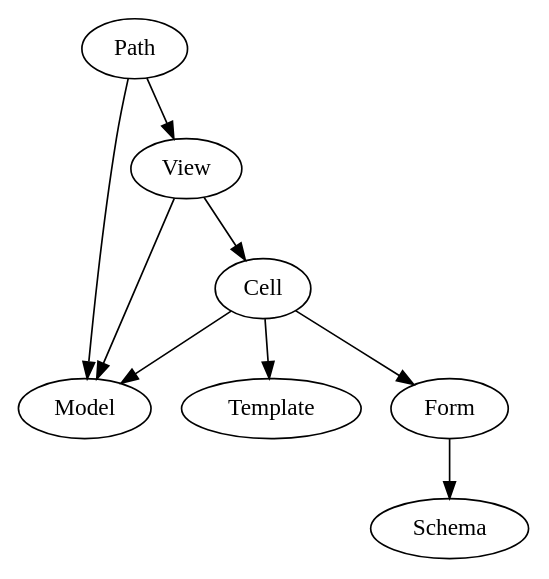
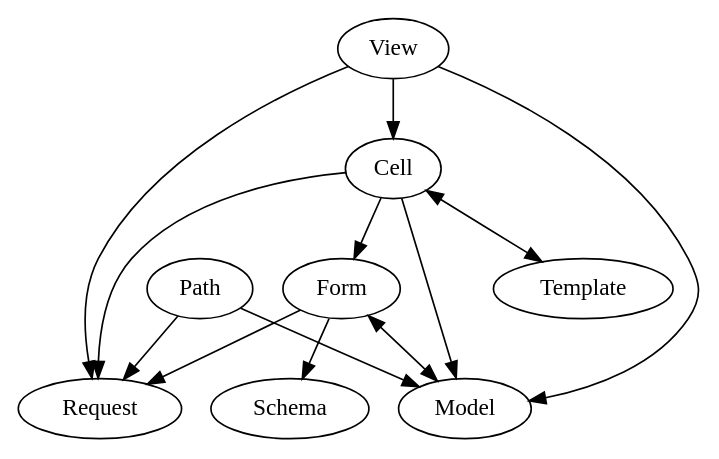
One commit to edemocracy/ekklesia changed the first of 2 diagrams in docs/development/concept_tutorial.rst. Above: the diagram before and after it, drawn with Graphviz. The commit also changed other lines of this file and 1 other file, not shown here.

First line of the commit message:
Extend concept tutorial, use blog_post instead of comment

```diff
--- a/docs/development/concept_tutorial.rst
+++ b/docs/development/concept_tutorial.rst
@@ -23,13 +23,17 @@
 .. graphviz::
-   :caption: Parts of a Concept
+   :caption: Building blocks of a concept
 
    digraph concept {
-      Path -> View
       Path -> Model
       View -> Model
       View -> Cell
       Cell -> Model
-      Cell -> Template
+      Cell -> Template[dir=both]
       Cell -> Form
       Form -> Schema
+      Form -> Model[dir=both]
+      Cell -> Request
+      Path -> Request
+      View -> Request
+      Form -> Request
    }
```
